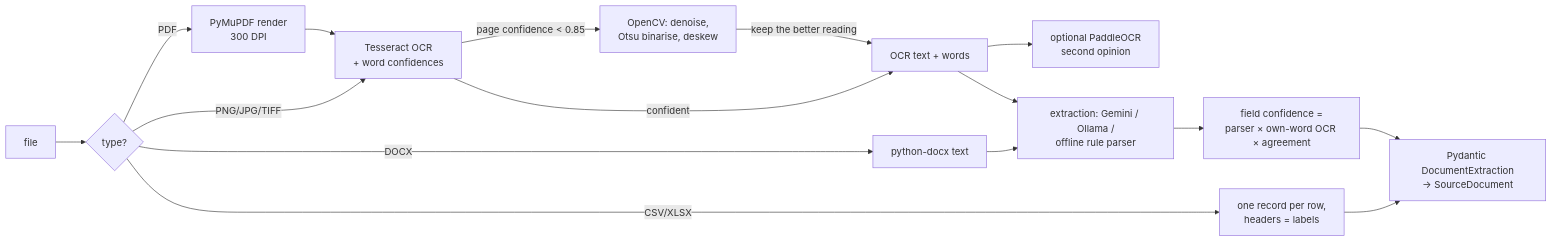
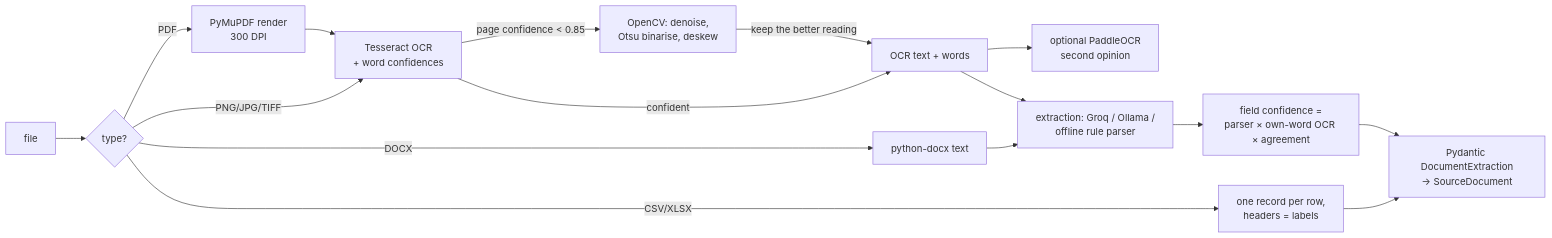
One commit to mason-san/evostrategy changed the third of 5 diagrams in docs/DFD.md. Above: the diagram before and after it, drawn with Mermaid. The commit also changed other lines of this file and 30 other files, not shown here.

````diff
--- a/docs/DFD.md
+++ b/docs/DFD.md
@@ -42,18 +42,18 @@
 ```mermaid
 flowchart LR
     F[file] --> T{type?}
     T -->|PDF| P[PyMuPDF render<br/>300 DPI]
     T -->|PNG/JPG/TIFF| O
     T -->|DOCX| X[python-docx text]
     T -->|CSV/XLSX| W[one record per row,<br/>headers = labels]
     P --> O[Tesseract OCR<br/>+ word confidences]
     O -->|"page confidence < 0.85"| C["OpenCV: denoise,<br/>Otsu binarise, deskew"]
     C -->|keep the better reading| O2[OCR text + words]
     O -->|confident| O2
     O2 --> K["optional PaddleOCR<br/>second opinion"]
-    O2 --> E["extraction: Gemini / Ollama /<br/>offline rule parser"]
+    O2 --> E["extraction: Groq / Ollama /<br/>offline rule parser"]
     X --> E
     E --> Q["field confidence =<br/>parser × own-word OCR × agreement"]
     W --> V
     Q --> V["Pydantic DocumentExtraction<br/>→ SourceDocument"]
 ```
````
